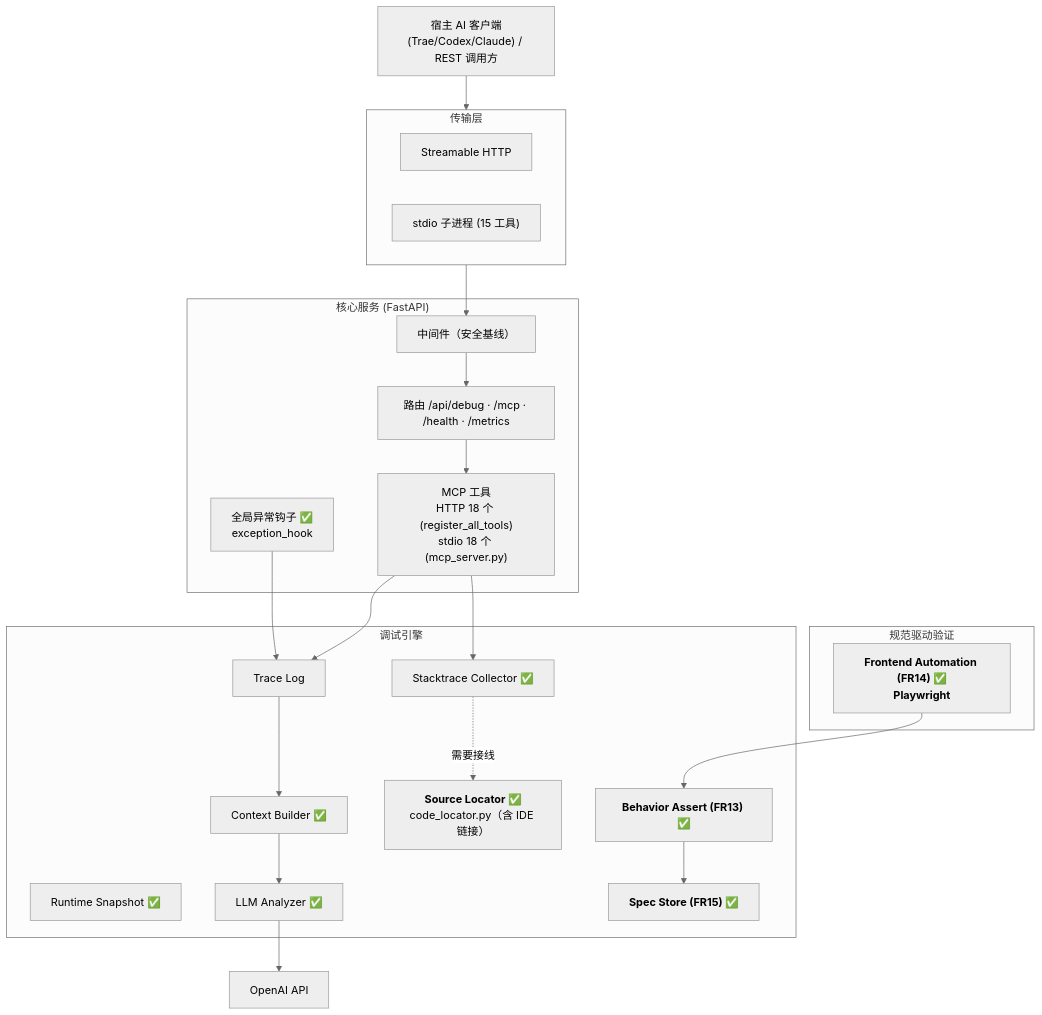
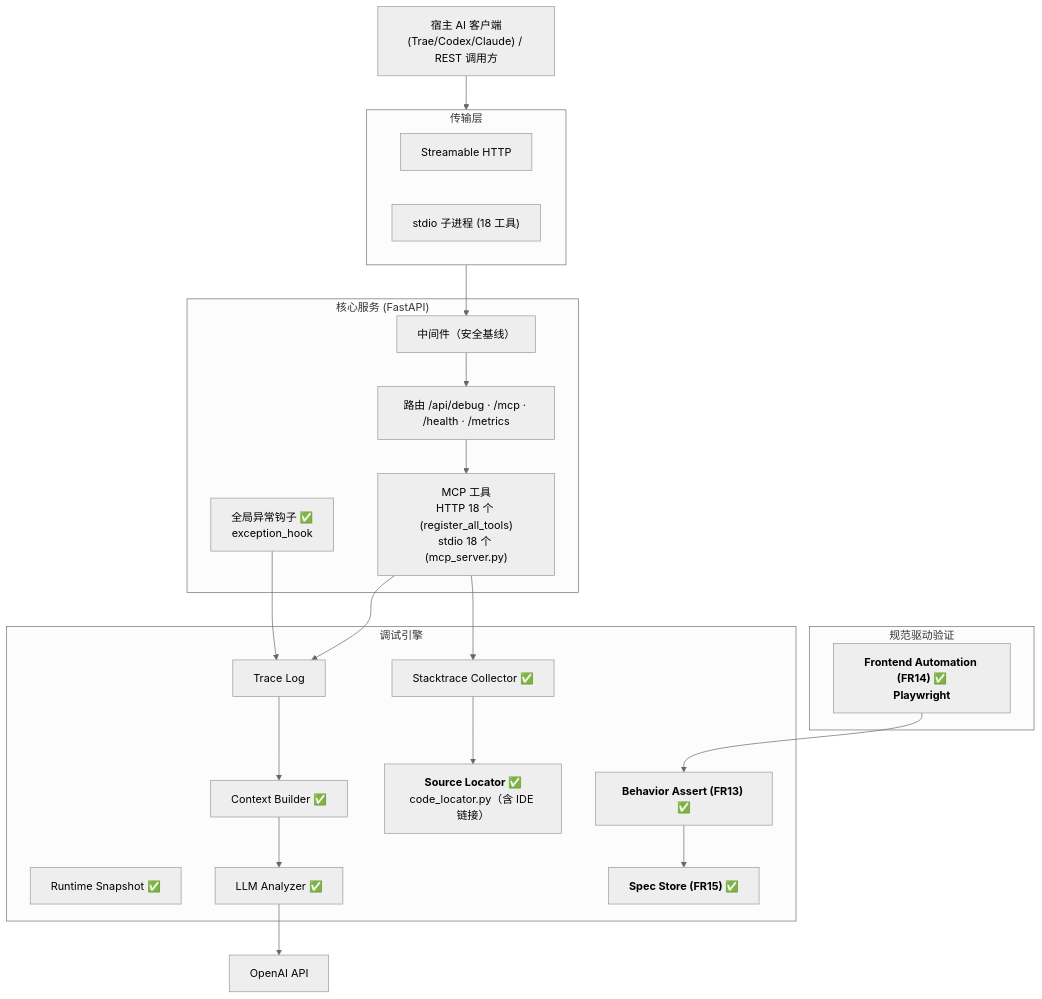
The first of 3 diagrams in docs/public/PRD.md (Ljj041120/Lujo-MCP), drawn with Mermaid (neutral theme) before and after one commit. The commit also changed other lines of this file and 9 other files, not shown here.

````diff
--- a/docs/public/PRD.md
+++ b/docs/public/PRD.md
@@ -373,42 +375,42 @@
 ```mermaid
 flowchart TB
     Client["宿主 AI 客户端<br/>(Trae/Codex/Claude) / REST 调用方"]
 
     subgraph Transport["传输层"]
         HTTP["Streamable HTTP"]
-        STDIO["stdio 子进程 (15 工具)"]
+        STDIO["stdio 子进程 (18 工具)"]
     end
 
     subgraph Core["核心服务 (FastAPI)"]
         Hook["全局异常钩子 ✅<br/>exception_hook"]
         MW["中间件（安全基线）"]
         Router["路由 /api/debug · /mcp · /health · /metrics"]
         Tools["MCP 工具<br/>HTTP 18 个 (register_all_tools)<br/>stdio 18 个 (mcp_server.py)"]
     end
 
     subgraph Engine["调试引擎"]
         Logs["Trace Log"]
         Builder["Context Builder ✅"]
         Stack["Stacktrace Collector ✅"]
         Locator["<b>Source Locator ✅</b><br/>code_locator.py（含 IDE 链接）"]
         Runtime["Runtime Snapshot ✅"]
         Analyzer["LLM Analyzer ✅"]
         Assert["<b>Behavior Assert (FR13) ✅</b>"]
         SpecStore["<b>Spec Store (FR15) ✅</b>"]
     end
 
     subgraph Verify["规范驱动验证"]
         E2E["<b>Frontend Automation (FR14) ✅<br/>Playwright</b>"]
     end
 
     Client --> Transport
     Hook --> Logs
     Transport --> MW --> Router --> Tools
     Tools --> Logs --> Builder
     Tools --> Stack
-    Stack -.需要接线.-> Locator
+    Stack --> Locator
     Builder --> Analyzer
     Analyzer --> LLM["OpenAI API"]
     Assert --> SpecStore
     E2E --> Assert
 ```
````
